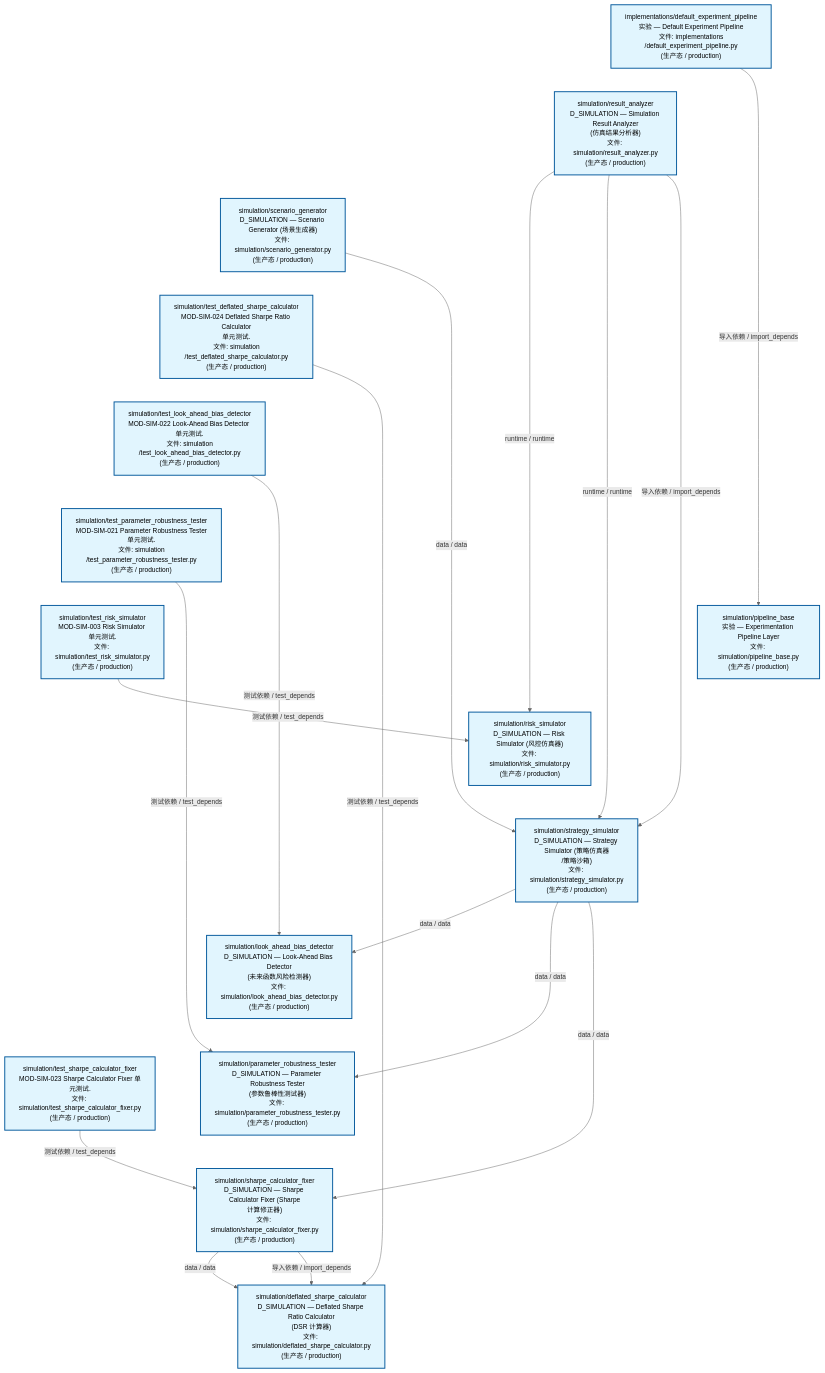
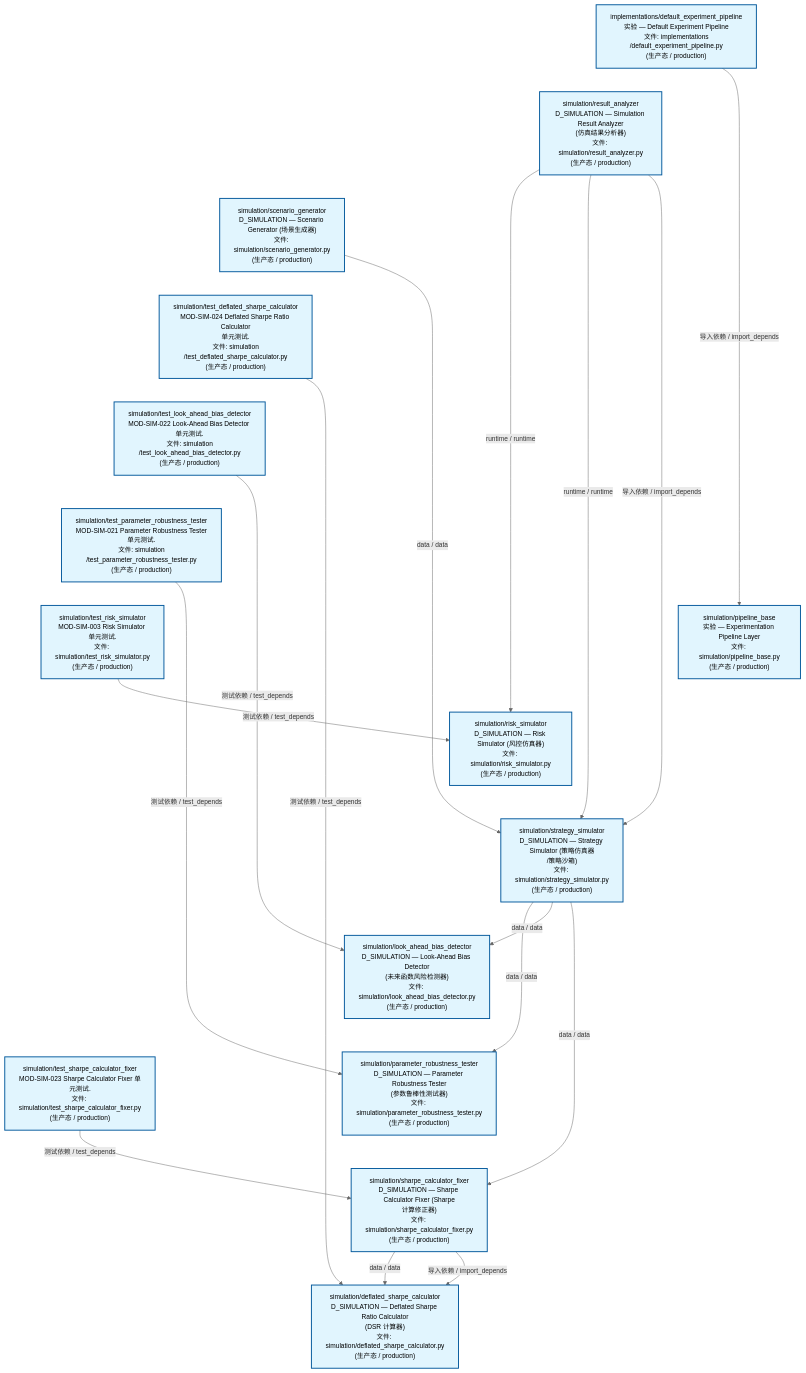
Before and after one commit to xuanFelixVan/ZephyrAlpha: the second of 3 diagrams in docs/02_enterprise_architecture/02_domain_architecture_docs/70_d_simulation.md, drawn with Mermaid. The commit also changed other lines of this file and 52 other files, not shown here.

````diff
--- a/docs/02_enterprise_architecture/02_domain_architecture_docs/70_d_simulation.md
+++ b/docs/02_enterprise_architecture/02_domain_architecture_docs/70_d_simulation.md
@@ -123,50 +123,50 @@
 ```mermaid
 %%{init: {'theme': 'base', 'themeVariables': {'primaryColor': '#eaeaea', 'primaryTextColor': '#333333', 'primaryBorderColor': '#666666', 'lineColor': '#666666', 'secondaryColor': '#eaeaea', 'tertiaryColor': '#eaeaea', 'fontSize': '14px'}}}%%
 flowchart TD
     src_zephyr_simulation_implementations_default_experiment_pipeline_py["implementations/default_experiment_pipeline<br/>实验 — Default Experiment Pipeline<br/>文件: implementations<br/>/default_experiment_pipeline.py<br/>(生产态 / production)"]
     src_zephyr_simulation_result_analyzer_py["simulation/result_analyzer<br/>D_SIMULATION — Simulation Result Analyzer<br/>(仿真结果分析器)<br/>文件: simulation/result_analyzer.py<br/>(生产态 / production)"]
     src_zephyr_simulation_scenario_generator_py["simulation/scenario_generator<br/>D_SIMULATION — Scenario Generator (场景生成器)<br/>文件: simulation/scenario_generator.py<br/>(生产态 / production)"]
     tests_simulation_test_deflated_sharpe_calculator_py["simulation/test_deflated_sharpe_calculator<br/>MOD-SIM-024 Deflated Sharpe Ratio Calculator<br/>单元测试.<br/>文件: simulation<br/>/test_deflated_sharpe_calculator.py<br/>(生产态 / production)"]
     tests_simulation_test_look_ahead_bias_detector_py["simulation/test_look_ahead_bias_detector<br/>MOD-SIM-022 Look-Ahead Bias Detector 单元测试.<br/>文件: simulation<br/>/test_look_ahead_bias_detector.py<br/>(生产态 / production)"]
     tests_simulation_test_parameter_robustness_tester_py["simulation/test_parameter_robustness_tester<br/>MOD-SIM-021 Parameter Robustness Tester<br/>单元测试.<br/>文件: simulation<br/>/test_parameter_robustness_tester.py<br/>(生产态 / production)"]
     tests_simulation_test_risk_simulator_py["simulation/test_risk_simulator<br/>MOD-SIM-003 Risk Simulator 单元测试.<br/>文件: simulation/test_risk_simulator.py<br/>(生产态 / production)"]
     tests_simulation_test_sharpe_calculator_fixer_py["simulation/test_sharpe_calculator_fixer<br/>MOD-SIM-023 Sharpe Calculator Fixer 单元测试.<br/>文件: simulation/test_sharpe_calculator_fixer.py<br/>(生产态 / production)"]
     src_zephyr_simulation_implementations_default_experiment_pipeline_py ~~~ src_zephyr_simulation_result_analyzer_py
     src_zephyr_simulation_result_analyzer_py ~~~ src_zephyr_simulation_scenario_generator_py
     src_zephyr_simulation_scenario_generator_py ~~~ tests_simulation_test_deflated_sharpe_calculator_py
     tests_simulation_test_deflated_sharpe_calculator_py ~~~ tests_simulation_test_look_ahead_bias_detector_py
     tests_simulation_test_look_ahead_bias_detector_py ~~~ tests_simulation_test_parameter_robustness_tester_py
     tests_simulation_test_parameter_robustness_tester_py ~~~ tests_simulation_test_risk_simulator_py
     tests_simulation_test_risk_simulator_py ~~~ tests_simulation_test_sharpe_calculator_fixer_py
     src_zephyr_simulation_pipeline_base_py["simulation/pipeline_base<br/>实验 — Experimentation Pipeline Layer<br/>文件: simulation/pipeline_base.py<br/>(生产态 / production)"]
     src_zephyr_simulation_risk_simulator_py["simulation/risk_simulator<br/>D_SIMULATION — Risk Simulator (风控仿真器)<br/>文件: simulation/risk_simulator.py<br/>(生产态 / production)"]
     src_zephyr_simulation_strategy_simulator_py["simulation/strategy_simulator<br/>D_SIMULATION — Strategy Simulator (策略仿真器<br/>/策略沙箱)<br/>文件: simulation/strategy_simulator.py<br/>(生产态 / production)"]
     src_zephyr_simulation_pipeline_base_py ~~~ src_zephyr_simulation_risk_simulator_py
     src_zephyr_simulation_risk_simulator_py ~~~ src_zephyr_simulation_strategy_simulator_py
     src_zephyr_simulation_look_ahead_bias_detector_py["simulation/look_ahead_bias_detector<br/>D_SIMULATION — Look-Ahead Bias Detector<br/>(未来函数风险检测器)<br/>文件: simulation/look_ahead_bias_detector.py<br/>(生产态 / production)"]
     src_zephyr_simulation_parameter_robustness_tester_py["simulation/parameter_robustness_tester<br/>D_SIMULATION — Parameter Robustness Tester<br/>(参数鲁棒性测试器)<br/>文件: simulation/parameter_robustness_tester.py<br/>(生产态 / production)"]
     src_zephyr_simulation_sharpe_calculator_fixer_py["simulation/sharpe_calculator_fixer<br/>D_SIMULATION — Sharpe Calculator Fixer (Sharpe<br/>计算修正器)<br/>文件: simulation/sharpe_calculator_fixer.py<br/>(生产态 / production)"]
     src_zephyr_simulation_look_ahead_bias_detector_py ~~~ src_zephyr_simulation_parameter_robustness_tester_py
     src_zephyr_simulation_parameter_robustness_tester_py ~~~ src_zephyr_simulation_sharpe_calculator_fixer_py
     src_zephyr_simulation_deflated_sharpe_calculator_py["simulation/deflated_sharpe_calculator<br/>D_SIMULATION — Deflated Sharpe Ratio Calculator<br/>(DSR 计算器)<br/>文件: simulation/deflated_sharpe_calculator.py<br/>(生产态 / production)"]
+    src_zephyr_simulation_result_analyzer_py -->|runtime / runtime| src_zephyr_simulation_risk_simulator_py
+    src_zephyr_simulation_result_analyzer_py -->|runtime / runtime| src_zephyr_simulation_strategy_simulator_py
+    src_zephyr_simulation_result_analyzer_py -->|导入依赖 / import_depends| src_zephyr_simulation_strategy_simulator_py
     src_zephyr_simulation_scenario_generator_py -->|data / data| src_zephyr_simulation_strategy_simulator_py
     src_zephyr_simulation_sharpe_calculator_fixer_py -->|data / data| src_zephyr_simulation_deflated_sharpe_calculator_py
     src_zephyr_simulation_sharpe_calculator_fixer_py -->|导入依赖 / import_depends| src_zephyr_simulation_deflated_sharpe_calculator_py
+    src_zephyr_simulation_strategy_simulator_py -->|data / data| src_zephyr_simulation_parameter_robustness_tester_py
     src_zephyr_simulation_strategy_simulator_py -->|data / data| src_zephyr_simulation_look_ahead_bias_detector_py
-    src_zephyr_simulation_strategy_simulator_py -->|data / data| src_zephyr_simulation_parameter_robustness_tester_py
     src_zephyr_simulation_strategy_simulator_py -->|data / data| src_zephyr_simulation_sharpe_calculator_fixer_py
-    src_zephyr_simulation_result_analyzer_py -->|runtime / runtime| src_zephyr_simulation_risk_simulator_py
-    src_zephyr_simulation_result_analyzer_py -->|runtime / runtime| src_zephyr_simulation_strategy_simulator_py
-    src_zephyr_simulation_result_analyzer_py -->|导入依赖 / import_depends| src_zephyr_simulation_strategy_simulator_py
     src_zephyr_simulation_implementations_default_experiment_pipeline_py -->|导入依赖 / import_depends| src_zephyr_simulation_pipeline_base_py
+    tests_simulation_test_look_ahead_bias_detector_py -->|测试依赖 / test_depends| src_zephyr_simulation_look_ahead_bias_detector_py
+    tests_simulation_test_sharpe_calculator_fixer_py -->|测试依赖 / test_depends| src_zephyr_simulation_sharpe_calculator_fixer_py
     tests_simulation_test_deflated_sharpe_calculator_py -->|测试依赖 / test_depends| src_zephyr_simulation_deflated_sharpe_calculator_py
-    tests_simulation_test_look_ahead_bias_detector_py -->|测试依赖 / test_depends| src_zephyr_simulation_look_ahead_bias_detector_py
     tests_simulation_test_parameter_robustness_tester_py -->|测试依赖 / test_depends| src_zephyr_simulation_parameter_robustness_tester_py
-    tests_simulation_test_sharpe_calculator_fixer_py -->|测试依赖 / test_depends| src_zephyr_simulation_sharpe_calculator_fixer_py
     tests_simulation_test_risk_simulator_py -->|测试依赖 / test_depends| src_zephyr_simulation_risk_simulator_py
     classDef production fill:#e1f5fe,stroke:#01579b,stroke-width:2px,color:#000
     classDef design fill:#fff3e0,stroke:#e65100,stroke-width:2px,color:#000,stroke-dasharray: 5 5
     classDef external_prod fill:#e8f4fd,stroke:#0277bd,stroke-width:1px,color:#000
     classDef external_design fill:#fff8e7,stroke:#ef6c00,stroke-width:1px,color:#000,stroke-dasharray: 5 5
     class src_zephyr_simulation_deflated_sharpe_calculator_py,src_zephyr_simulation_implementations_default_experiment_pipeline_py,src_zephyr_simulation_look_ahead_bias_detector_py,src_zephyr_simulation_parameter_robustness_tester_py,src_zephyr_simulation_pipeline_base_py,src_zephyr_simulation_result_analyzer_py,src_zephyr_simulation_risk_simulator_py,src_zephyr_simulation_scenario_generator_py,src_zephyr_simulation_sharpe_calculator_fixer_py,src_zephyr_simulation_strategy_simulator_py,tests_simulation_test_deflated_sharpe_calculator_py,tests_simulation_test_look_ahead_bias_detector_py,tests_simulation_test_parameter_robustness_tester_py,tests_simulation_test_risk_simulator_py,tests_simulation_test_sharpe_calculator_fixer_py production
 ```
````
